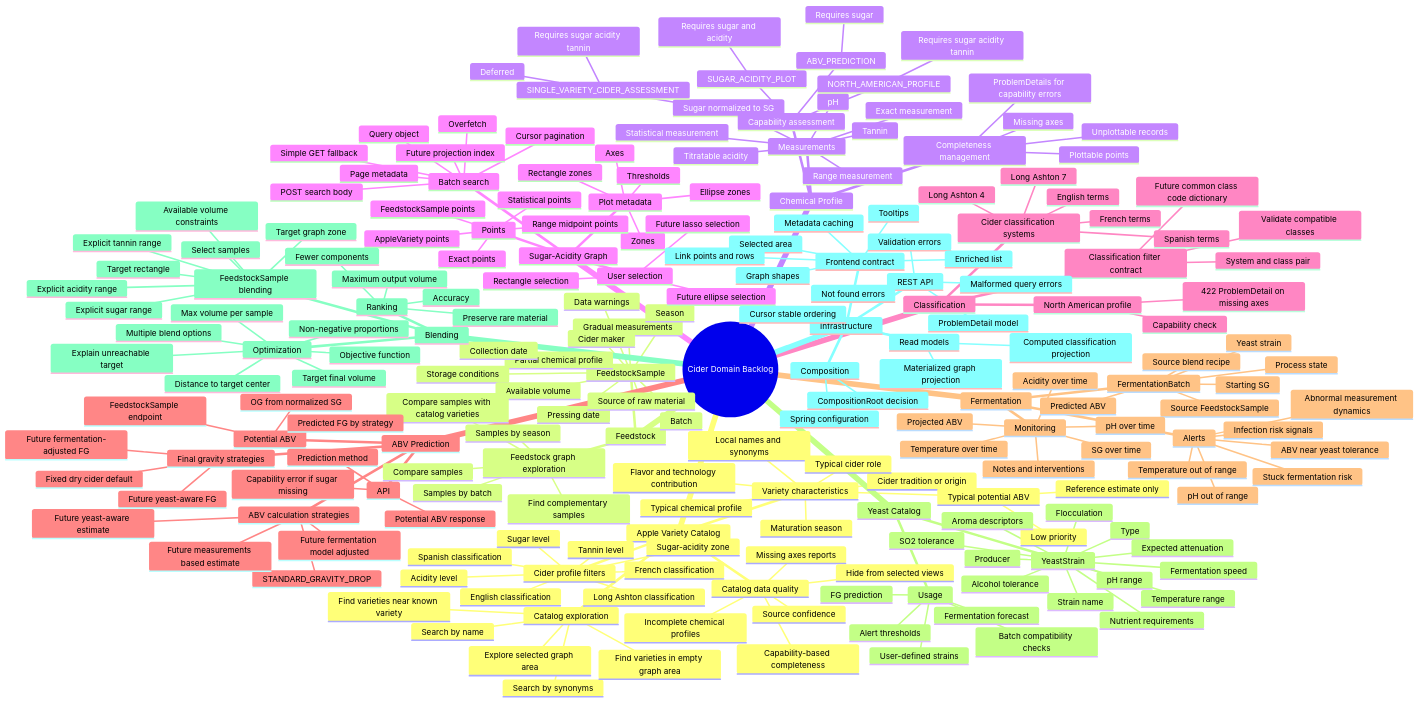
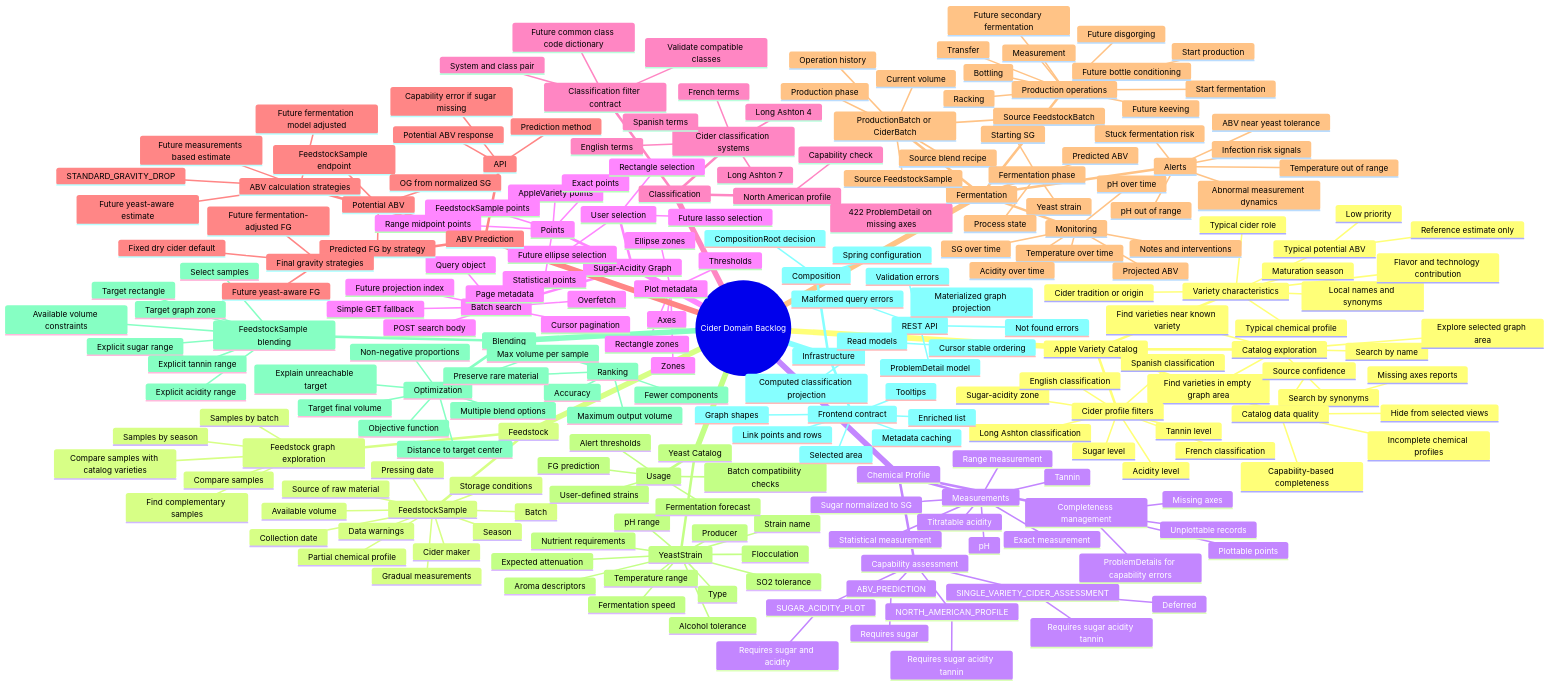
The diagram in docs/domain/backlog-mindmap.md (mathematical-craft-science/cider-apple-profile), drawn with Mermaid before and after one commit. The commit also changed 123 other files, not shown here.

```diff
--- a/docs/domain/backlog-mindmap.md
+++ b/docs/domain/backlog-mindmap.md
@@ -136,9 +136,25 @@
         Prediction method
         Capability error if sugar missing
     Fermentation
-      FermentationBatch
+      ProductionBatch or CiderBatch
+        Source FeedstockBatch
         Source FeedstockSample
         Source blend recipe
+        Current volume
+        Operation history
+        Production phase
+      Production operations
+        Start production
+        Start fermentation
+        Measurement
+        Racking
+        Transfer
+        Bottling
+        Future keeving
+        Future secondary fermentation
+        Future bottle conditioning
+        Future disgorging
+      Fermentation phase
         Starting SG
         Predicted ABV
         Yeast strain
```
